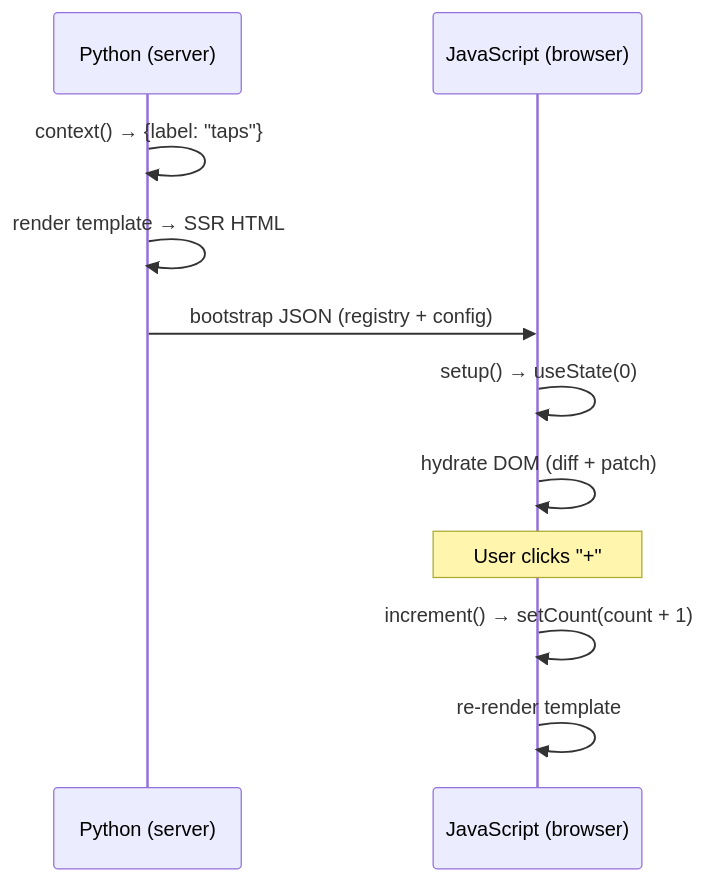
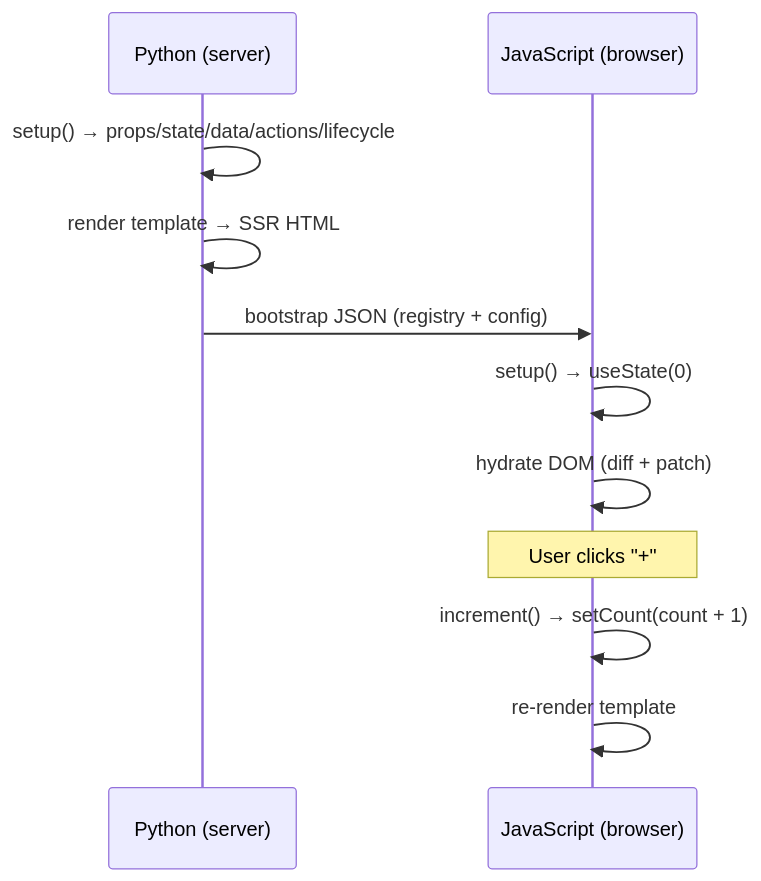
Before and after one commit to roderiano/lua-spa: the diagram in docs/docs/get-started/first-component.md, drawn with Mermaid. The commit also changed other lines of this file and 21 other files, not shown here.

Commit message:
docs(hydration) update hydration guide for setup(self, props) model

````diff
--- a/docs/docs/get-started/first-component.md
+++ b/docs/docs/get-started/first-component.md
@@ -60,14 +71,14 @@
 ```mermaid
 sequenceDiagram
     participant Python as Python (server)
     participant JS as JavaScript (browser)
 
-    Python->>Python: context() → {label: "taps"}
+    Python->>Python: setup() → props/state/data/actions/lifecycle
     Python->>Python: render template → SSR HTML
     Python->>JS: bootstrap JSON (registry + config)
     JS->>JS: setup() → useState(0)
     JS->>JS: hydrate DOM (diff + patch)
     Note over JS: User clicks "+"
     JS->>JS: increment() → setCount(count + 1)
     JS->>JS: re-render template
 ```
````
